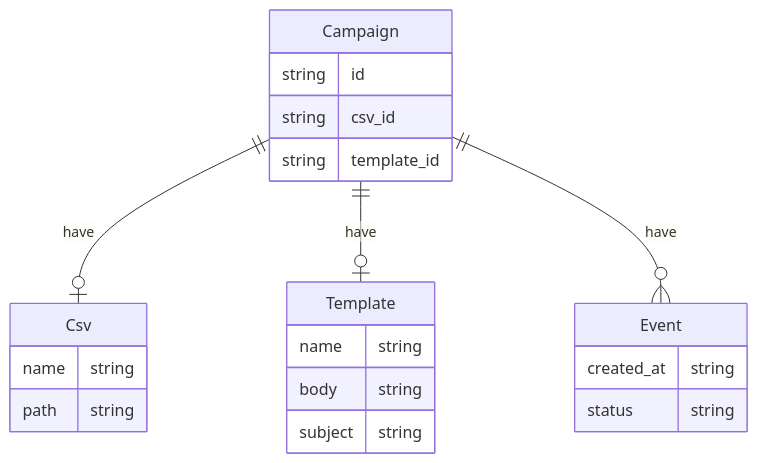
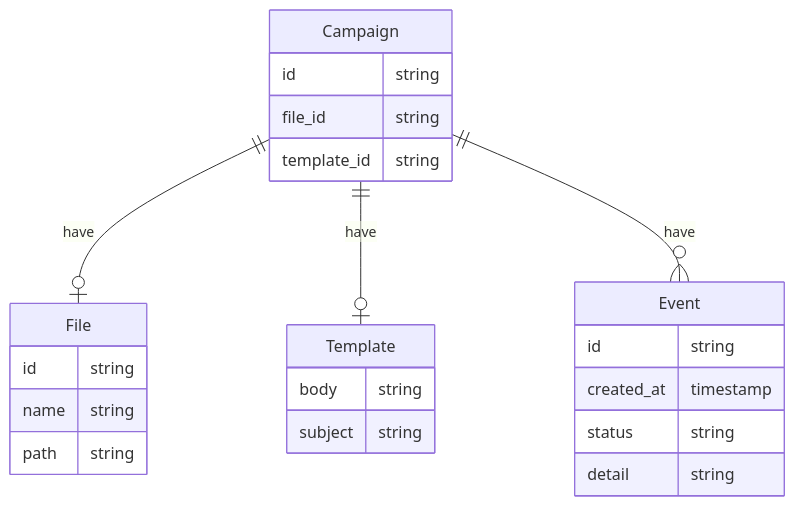
One commit to fahmifan/mailmerger-server changed the diagram in README.md. Above: the diagram before and after it, drawn with Mermaid. The commit also changed other lines of this file and 19 other files, not shown here.

````diff
--- a/README.md
+++ b/README.md
@@ -11,26 +27,28 @@
 ```mermaid
 erDiagram
-	Campaign ||--o| Csv: have
+	Campaign ||--o| File: have
 	Campaign ||--o| Template: have
 	Campaign ||--o{ Event: have
 
 	Campaign {
-		string id
-		string csv_id
-		string template_id
+		id string
+		file_id string
+		template_id string
 	}
-	Csv {
+	File {
+		id string
 		name string
 		path string
 	}
 	Template {
-		name string
 		body string
 		subject string
 	}
 	Event {
-		created_at string
+		id string
+		created_at timestamp
 		status string
+		detail string
 	}
 
 ```
````
